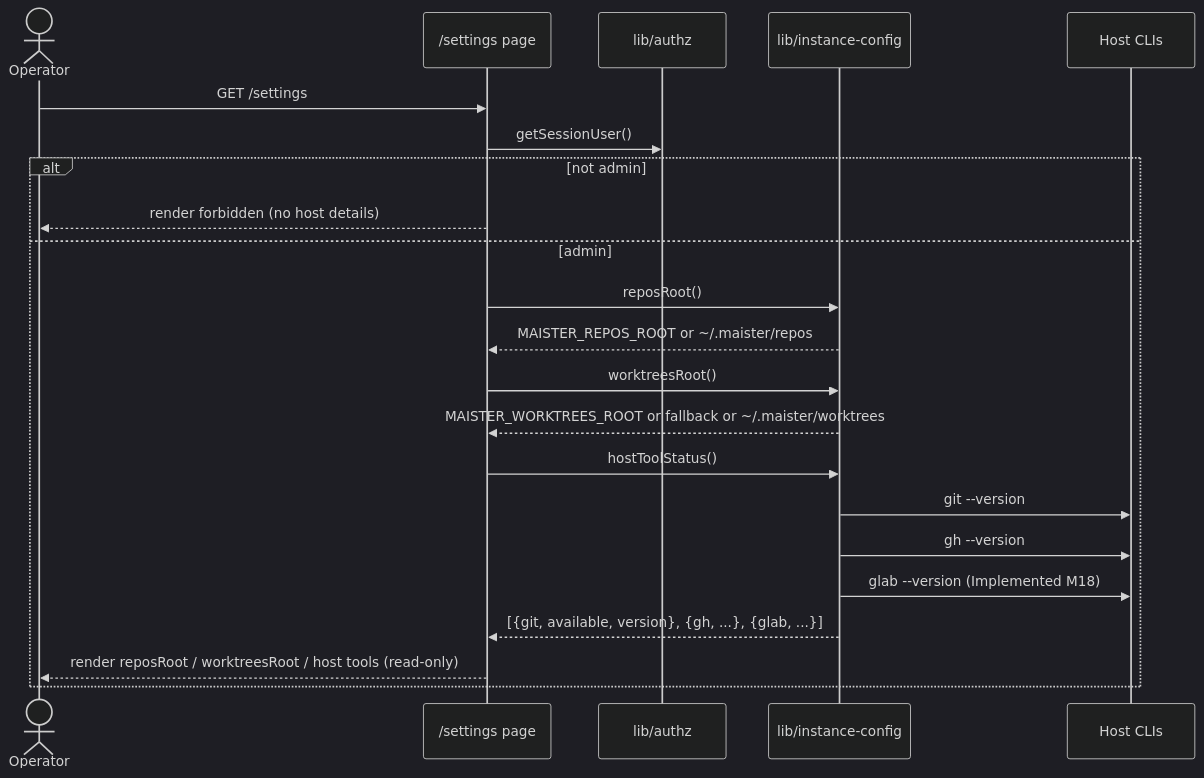
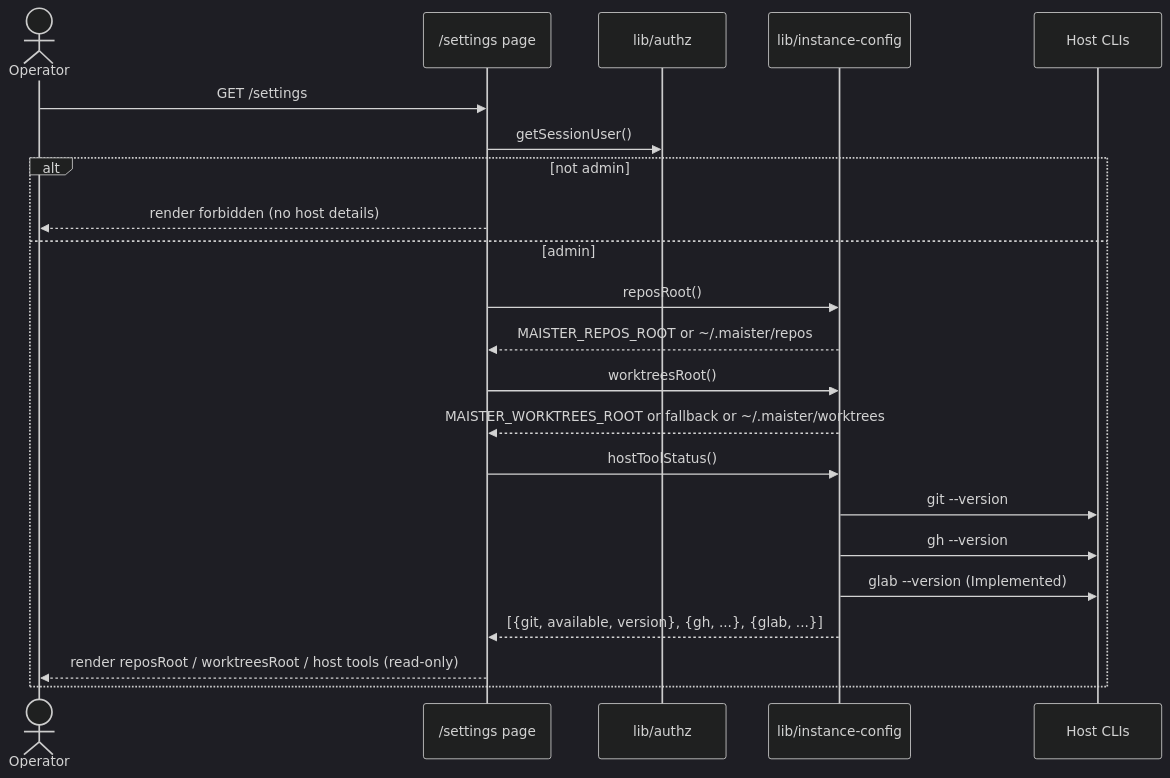
Before and after one commit to maister-dev/maister: the diagram in docs/system-analytics/instance-config.md, drawn with Mermaid (dark theme). The commit also changed other lines of this file and 89 other files, not shown here.

````diff
--- a/docs/system-analytics/instance-config.md
+++ b/docs/system-analytics/instance-config.md
@@ -55,25 +55,25 @@
 ```mermaid
 sequenceDiagram
     actor U as Operator
     participant P as /settings page
     participant AZ as lib/authz
     participant IC as lib/instance-config
     participant HOST as Host CLIs
 
     U->>P: GET /settings
     P->>AZ: getSessionUser()
     alt not admin
         P-->>U: render forbidden (no host details)
     else admin
         P->>IC: reposRoot()
         IC-->>P: MAISTER_REPOS_ROOT or ~/.maister/repos
         P->>IC: worktreesRoot()
         IC-->>P: MAISTER_WORKTREES_ROOT or fallback or ~/.maister/worktrees
         P->>IC: hostToolStatus()
         IC->>HOST: git --version
         IC->>HOST: gh --version
-        IC->>HOST: glab --version (Implemented M18)
+        IC->>HOST: glab --version (Implemented)
         IC-->>P: [{git, available, version}, {gh, ...}, {glab, ...}]
         P-->>U: render reposRoot / worktreesRoot / host tools (read-only)
     end
 ```
````
